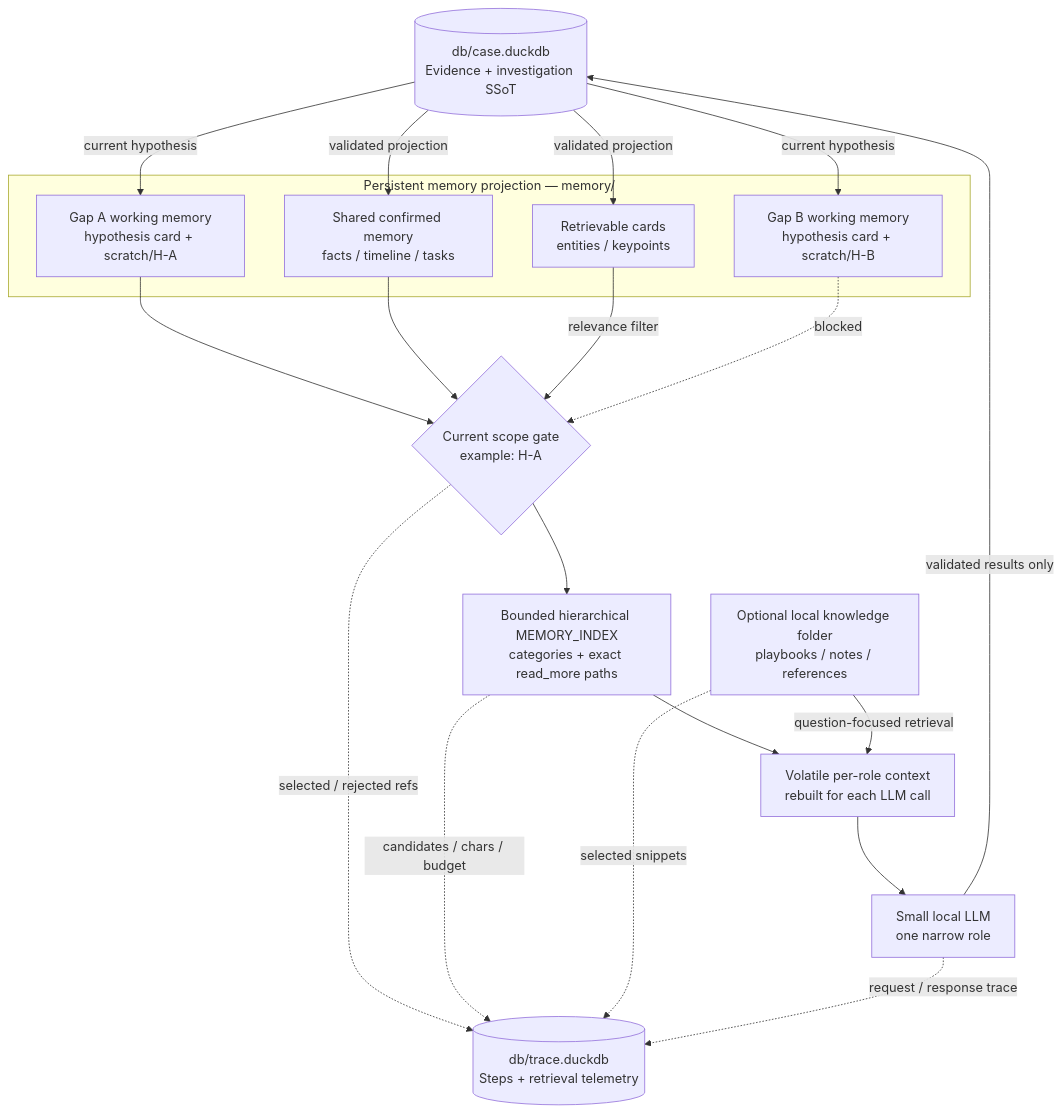
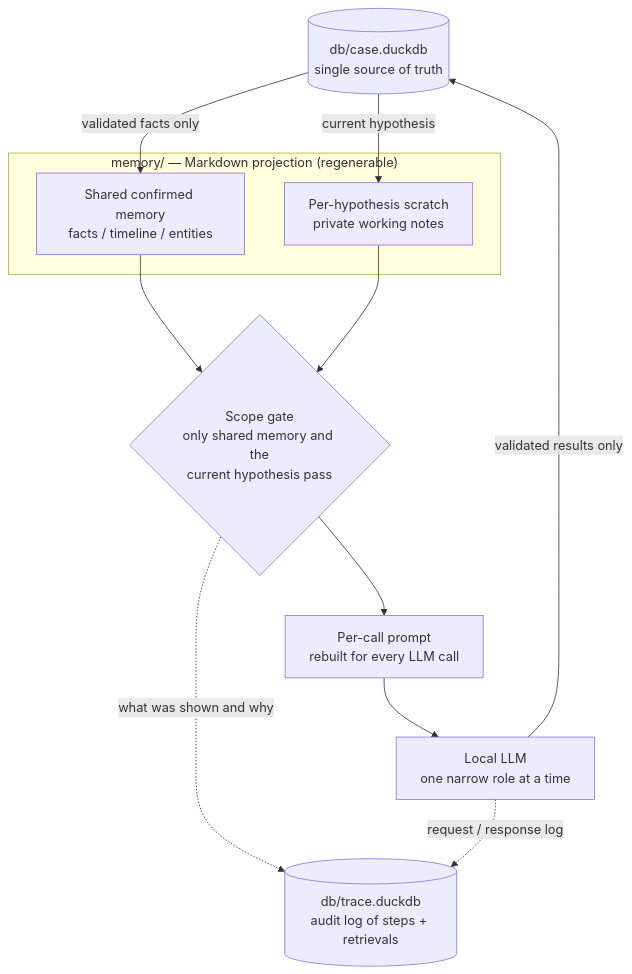
One commit to sumeshi/forensia changed the second of 2 diagrams in README.md. Above: the diagram before and after it, drawn with Mermaid. The commit also changed other lines of this file, not shown here.

````diff
--- a/README.md
+++ b/README.md
@@ -190,33 +247,23 @@
 ```mermaid
 flowchart TB
-    CASE[("db/case.duckdb<br/>Evidence + investigation SSoT")]
-    TRACE[("db/trace.duckdb<br/>Steps + retrieval telemetry")]
+    CASE[("db/case.duckdb<br/>single source of truth")]
+    TRACE[("db/trace.duckdb<br/>audit log of steps + retrievals")]
 
-    subgraph LONG["Persistent memory projection — memory/"]
-        CORE["Shared confirmed memory<br/>facts / timeline / tasks"]
-        CARDS["Retrievable cards<br/>entities / keypoints"]
-        HA["Gap A working memory<br/>hypothesis card + scratch/H-A"]
-        HB["Gap B working memory<br/>hypothesis card + scratch/H-B"]
+    subgraph MEM["memory/ — Markdown projection (regenerable)"]
+        SHARED["Shared confirmed memory<br/>facts / timeline / entities"]
+        SCRATCH["Per-hypothesis scratch<br/>private working notes"]
     end
 
-    CASE -->|validated projection| CORE
-    CASE -->|validated projection| CARDS
-    CASE -->|current hypothesis| HA
-    CASE -->|current hypothesis| HB
+    CASE -->|validated facts only| SHARED
+    CASE -->|current hypothesis| SCRATCH
 
-    HA --> GATE{"Current scope gate<br/>example: H-A"}
-    CORE --> GATE
-    CARDS -->|relevance filter| GATE
-    HB -. blocked .-> GATE
+    SHARED --> GATE{"Scope gate<br/>only shared memory and the<br/>current hypothesis pass"}
+    SCRATCH --> GATE
 
-    GATE --> INDEX["Bounded hierarchical MEMORY_INDEX<br/>categories + exact read_more paths"]
-    INDEX --> VOLATILE["Volatile per-role context<br/>rebuilt for each LLM call"]
-    EXT["Optional local knowledge folder<br/>playbooks / notes / references"] -->|question-focused retrieval| VOLATILE
-    VOLATILE --> LLM["Small local LLM<br/>one narrow role"]
+    GATE --> PROMPT["Per-call prompt<br/>rebuilt for every LLM call"]
+    PROMPT --> LLM["Local LLM<br/>one narrow role at a time"]
 
-    GATE -. selected / rejected refs .-> TRACE
-    INDEX -. candidates / chars / budget .-> TRACE
-    EXT -. selected snippets .-> TRACE
     LLM -->|validated results only| CASE
-    LLM -. request / response trace .-> TRACE
+    GATE -. what was shown and why .-> TRACE
+    LLM -. request / response log .-> TRACE
 ```
````
